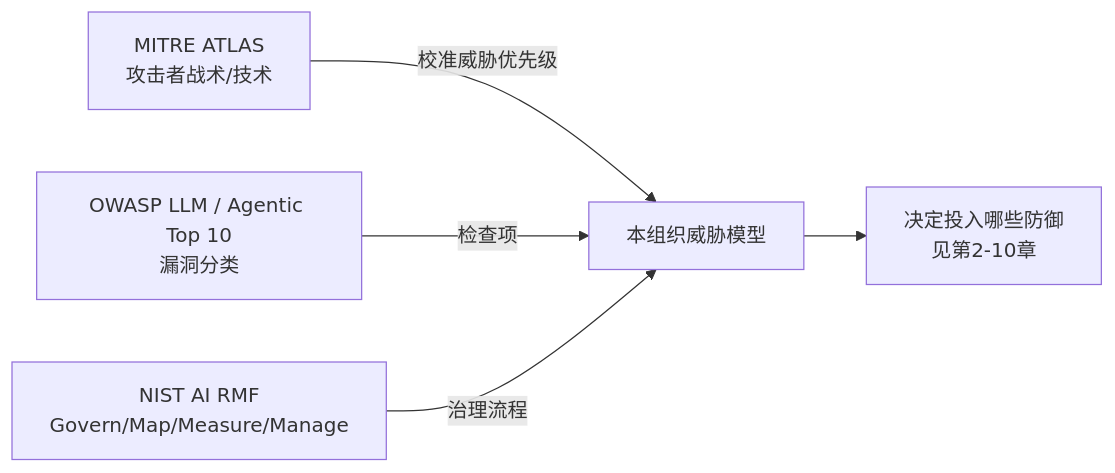
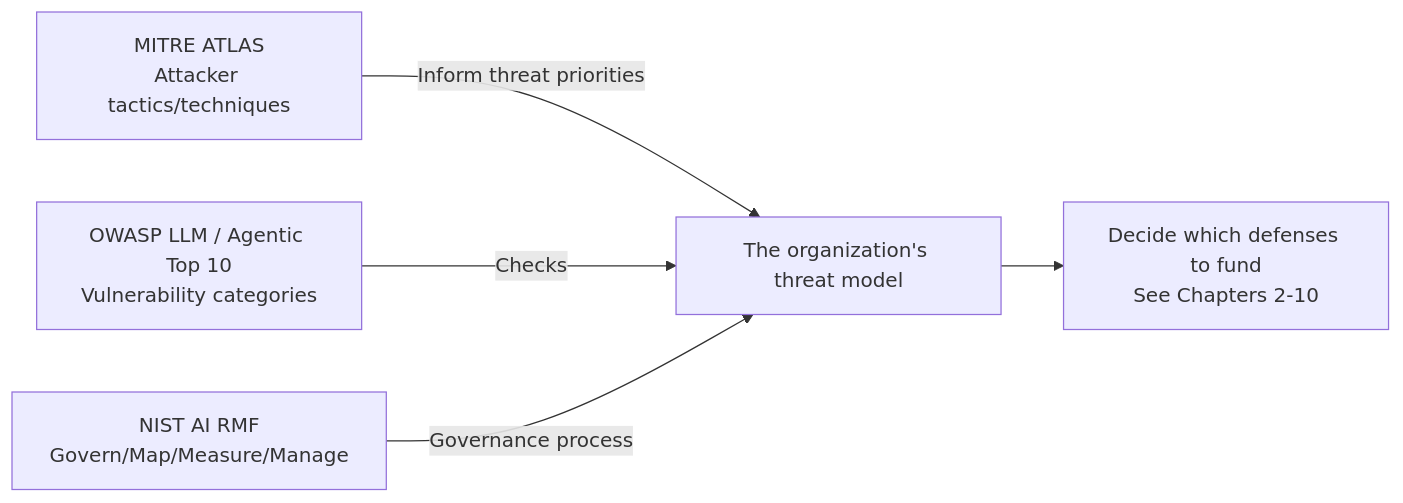
Before and after one commit to oneleaveknowsthefall/awesome-ai-roadmap: the second of 3 diagrams in docs/safety/01-threat-modeling/01-ai-threat-modeling-attack-surface.md, drawn with Mermaid. The commit also changed other lines of this file and 82 other files, not shown here.

````diff
--- a/docs/safety/01-threat-modeling/01-ai-threat-modeling-attack-surface.md
+++ b/docs/safety/01-threat-modeling/01-ai-threat-modeling-attack-surface.md
@@ -57,7 +57,7 @@
 ```mermaid
 flowchart LR
-    ATLAS["MITRE ATLAS<br/>攻击者战术/技术"] -->|校准威胁优先级| MODEL[本组织威胁模型]
-    OWASP["OWASP LLM / Agentic Top 10<br/>漏洞分类"] -->|检查项| MODEL
-    RMF["NIST AI RMF<br/>Govern/Map/Measure/Manage"] -->|治理流程| MODEL
-    MODEL --> DECIDE[决定投入哪些防御<br/>见第2-10章]
+    ATLAS["MITRE ATLAS<br/>Attacker tactics/techniques"] -->|Inform threat priorities| MODEL[The organization's threat model]
+    OWASP["OWASP LLM / Agentic Top 10<br/>Vulnerability categories"] -->|Checks| MODEL
+    RMF["NIST AI RMF<br/>Govern/Map/Measure/Manage"] -->|Governance process| MODEL
+    MODEL --> DECIDE[Decide which defenses to fund<br/>See Chapters 2-10]
 ```
````
